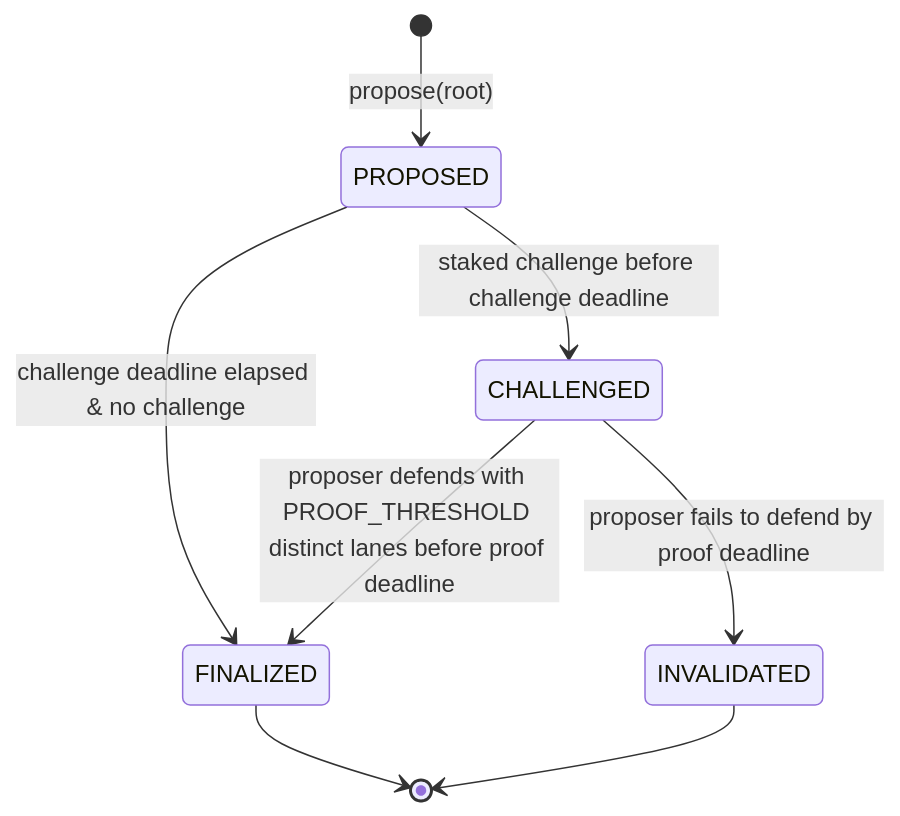
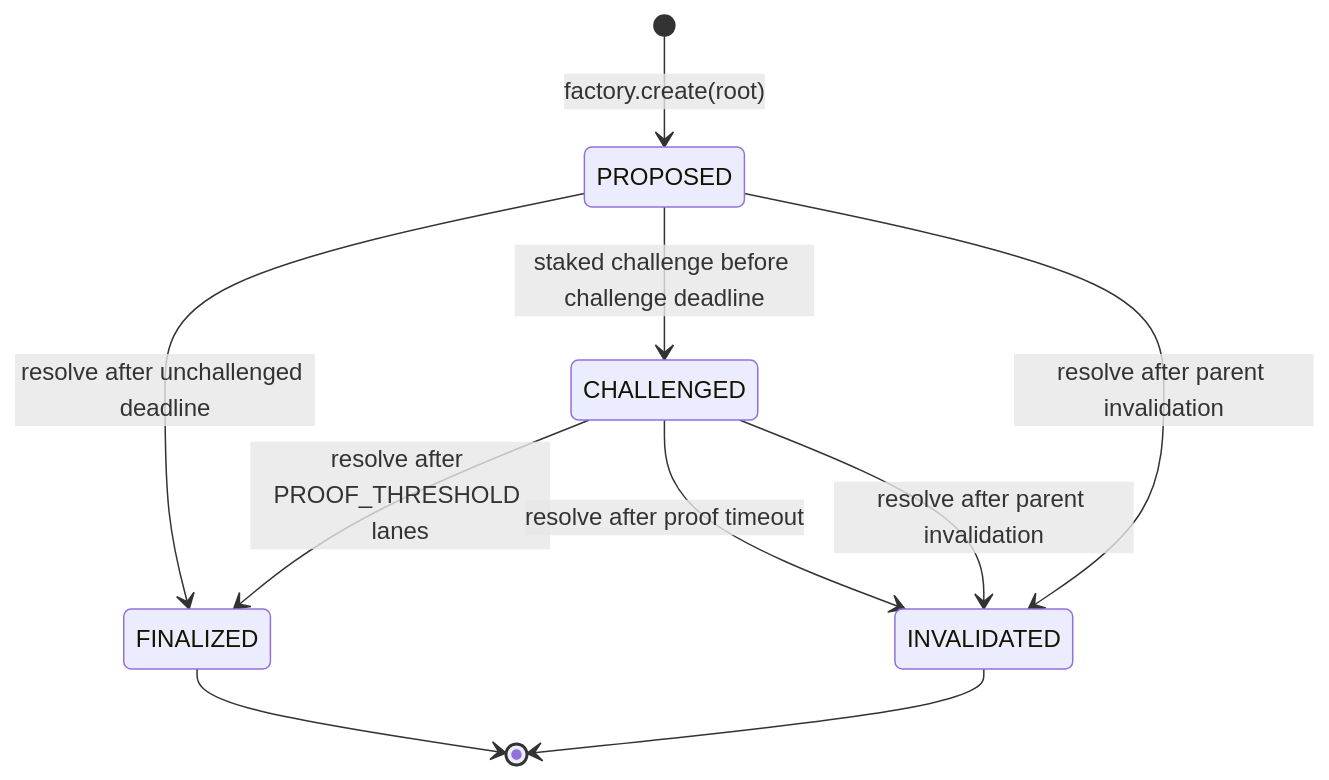
The diagram in wips/wip-1006.md (worldcoin/world-chain), drawn with Mermaid before and after one commit. The commit also changed other lines of this file and 2 other files, not shown here.

````diff
--- a/wips/wip-1006.md
+++ b/wips/wip-1006.md
@@ -137,10 +151,12 @@
 ```mermaid
 stateDiagram-v2
-    [*] --> PROPOSED: propose(root)
-    PROPOSED --> FINALIZED: challenge deadline elapsed & no challenge
+    [*] --> PROPOSED: factory.create(root)
+    PROPOSED --> FINALIZED: resolve after unchallenged deadline
     PROPOSED --> CHALLENGED: staked challenge before challenge deadline
-    CHALLENGED --> FINALIZED: proposer defends with PROOF_THRESHOLD distinct lanes before proof deadline
-    CHALLENGED --> INVALIDATED: proposer fails to defend by proof deadline
+    CHALLENGED --> FINALIZED: resolve after PROOF_THRESHOLD lanes
+    CHALLENGED --> INVALIDATED: resolve after proof timeout
+    PROPOSED --> INVALIDATED: resolve after parent invalidation
+    CHALLENGED --> INVALIDATED: resolve after parent invalidation
     FINALIZED --> [*]
     INVALIDATED --> [*]
 ```
````
